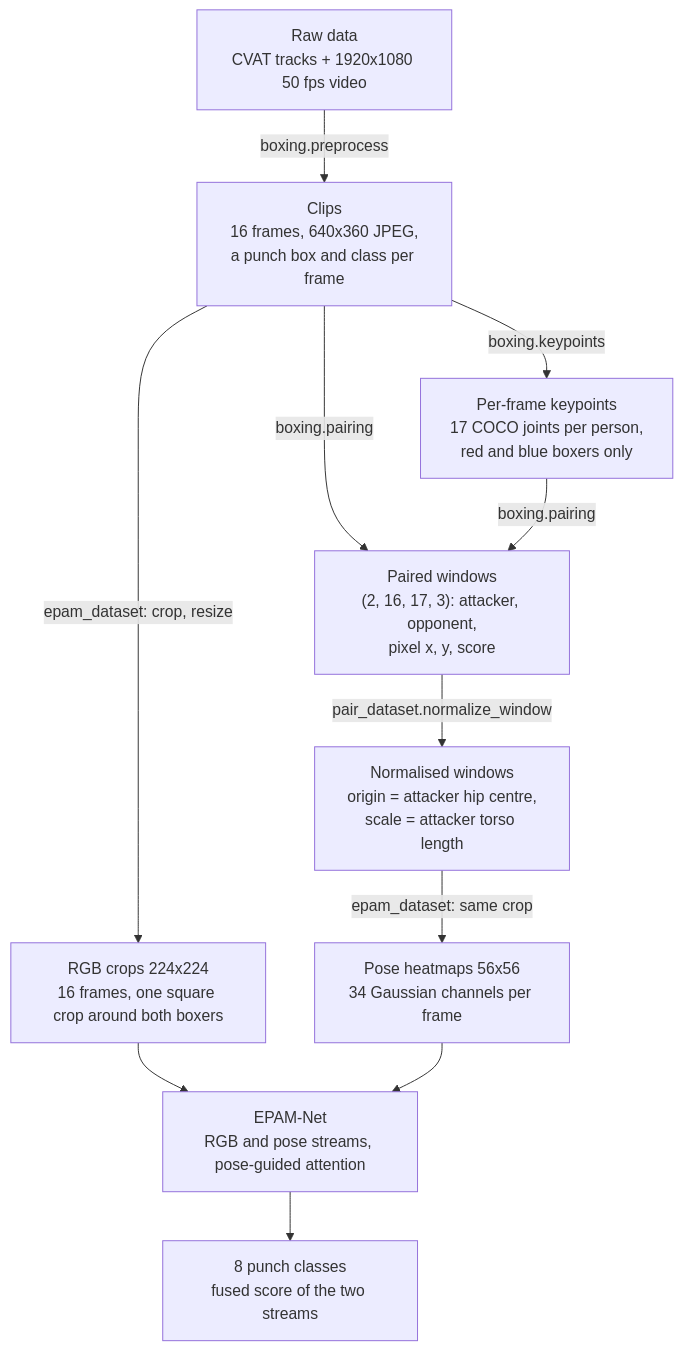
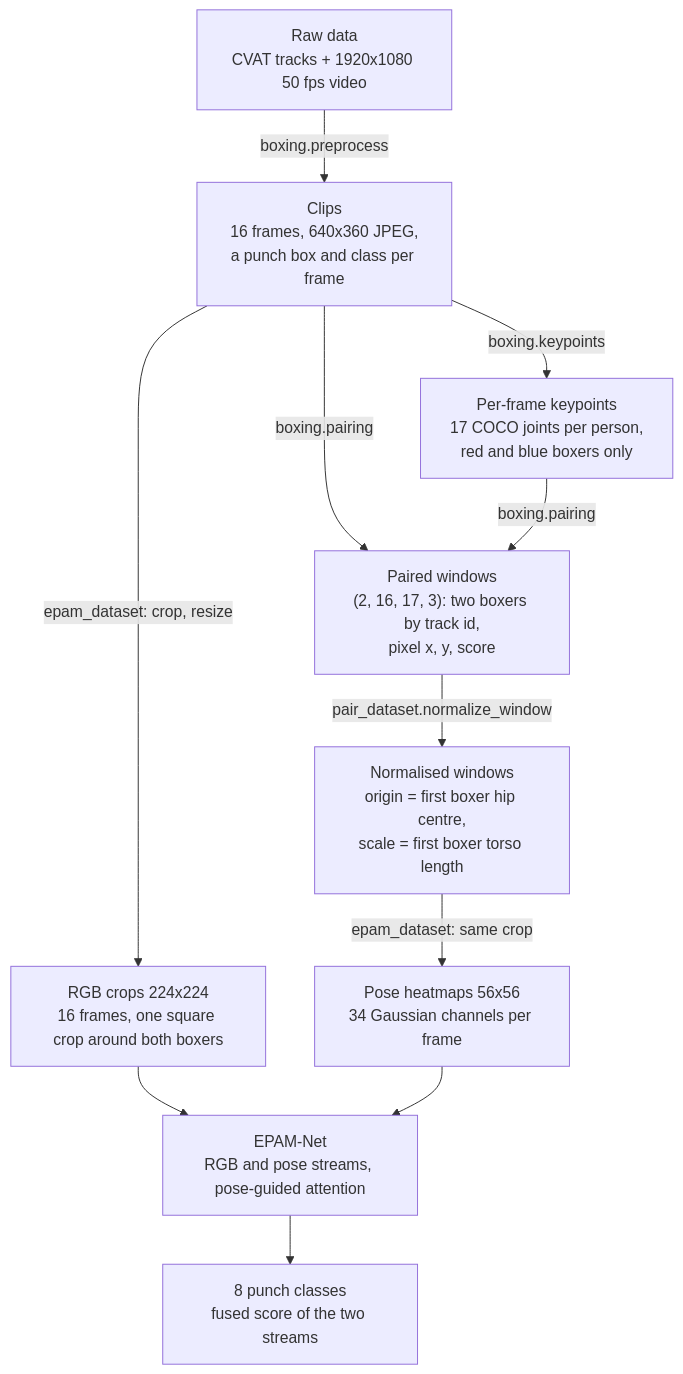
Before and after one commit to jmanuelc87/boxing: the diagram in README.md, drawn with Mermaid. The commit also changed other lines of this file and 8 other files, not shown here.

First line of the commit message:
Describe boxers by track order, not attacker/opponent roles

````diff
--- a/README.md
+++ b/README.md
@@ -11,23 +11,23 @@
 ```mermaid
 flowchart TB
     raw["Raw data<br/>CVAT tracks + 1920x1080 50 fps video"]
     clips["Clips<br/>16 frames, 640x360 JPEG,<br/>a punch box and class per frame"]
     kp["Per-frame keypoints<br/>17 COCO joints per person,<br/>red and blue boxers only"]
-    pairs["Paired windows<br/>(2, 16, 17, 3): attacker, opponent,<br/>pixel x, y, score"]
-    norm["Normalised windows<br/>origin = attacker hip centre,<br/>scale = attacker torso length"]
+    pairs["Paired windows<br/>(2, 16, 17, 3): two boxers by track id,<br/>pixel x, y, score"]
+    norm["Normalised windows<br/>origin = first boxer hip centre,<br/>scale = first boxer torso length"]
     crops["RGB crops 224x224<br/>16 frames, one square crop around both boxers"]
     heat["Pose heatmaps 56x56<br/>34 Gaussian channels per frame"]
     model["EPAM-Net<br/>RGB and pose streams, pose-guided attention"]
     out["8 punch classes<br/>fused score of the two streams"]
 
     raw -->|"boxing.preprocess"| clips
     clips -->|"boxing.keypoints"| kp
     clips -->|"boxing.pairing"| pairs
     kp -->|"boxing.pairing"| pairs
     pairs -->|"pair_dataset.normalize_window"| norm
     clips -->|"epam_dataset: crop, resize"| crops
     norm -->|"epam_dataset: same crop"| heat
     crops --> model
     heat --> model
     model --> out
 ```
````
